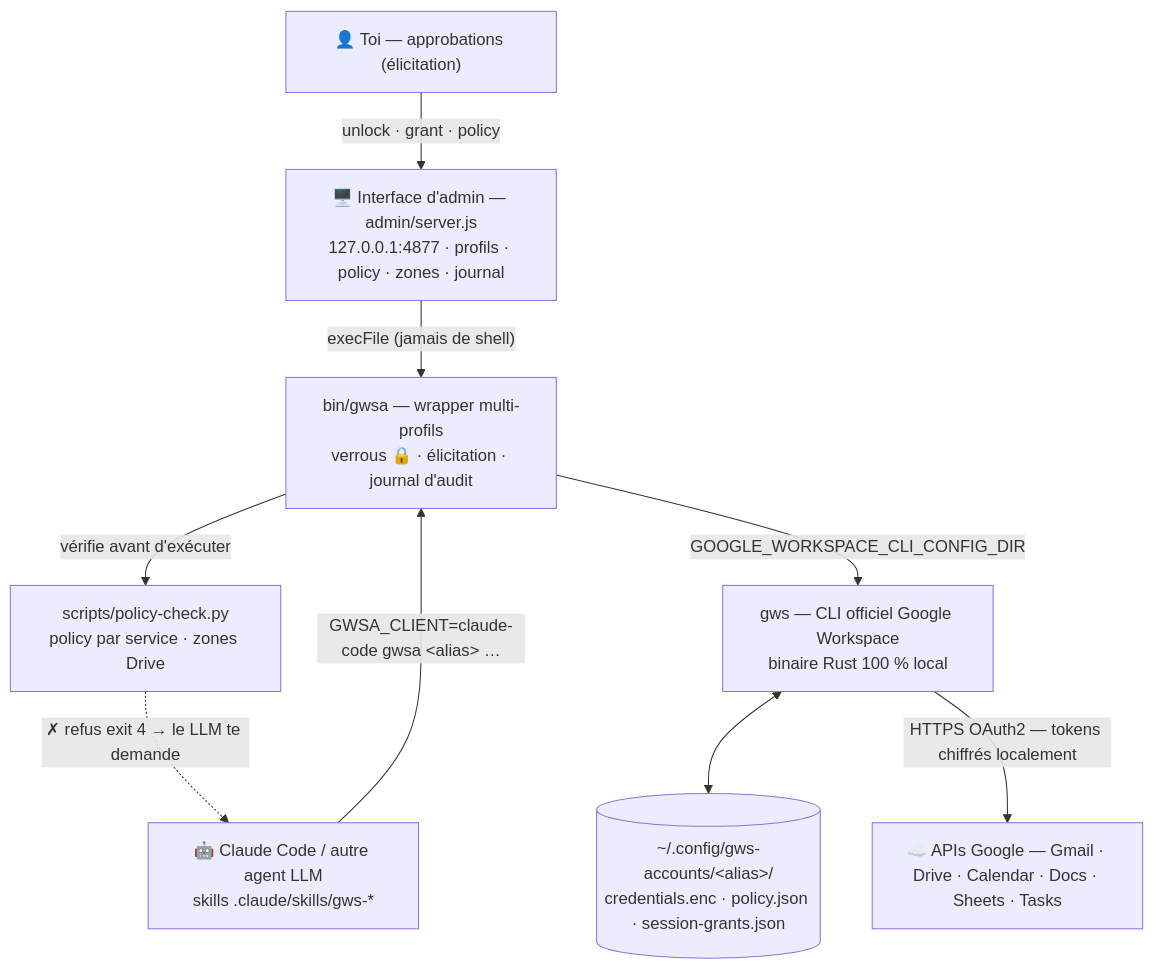
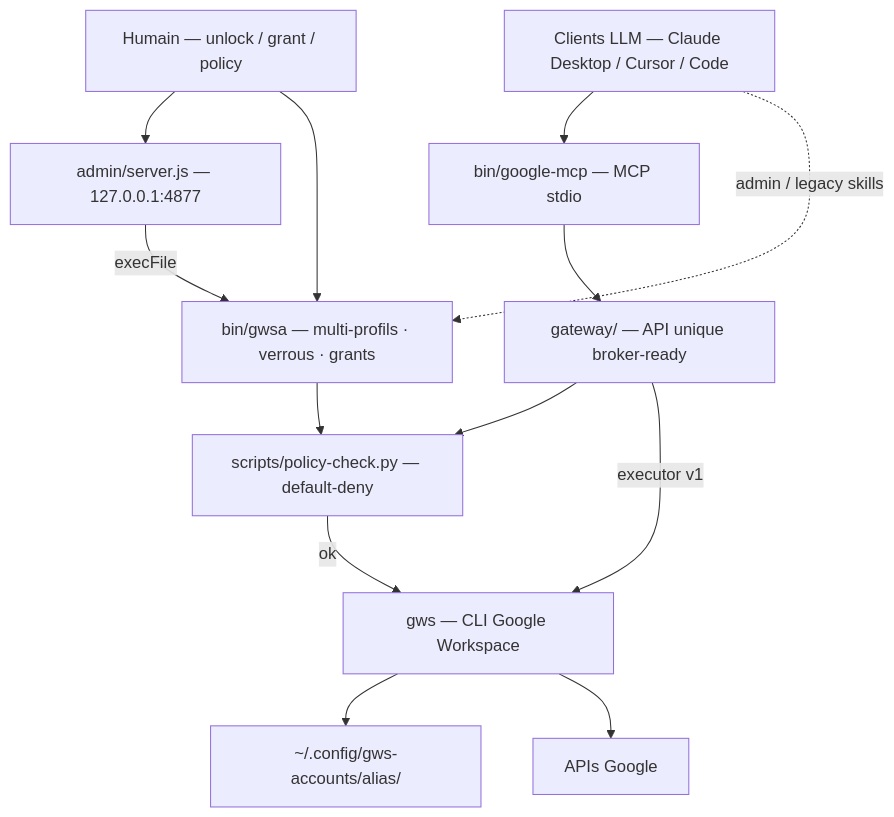
The diagram in README.md (elzinko/google-mcp-multi-account), drawn with Mermaid before and after one commit. The commit also changed other lines of this file and 20 other files, not shown here.

First line of the commit message:
feat: add local MCP gateway with default-deny policies

````diff
--- a/README.md
+++ b/README.md
@@ -11,20 +13,25 @@
 ```mermaid
 flowchart TD
-    USER["👤 Toi — approbations (élicitation)"]
-    LLM["🤖 Claude Code / autre agent LLM<br/>skills .claude/skills/gws-*"]
-    ADMIN["🖥️ Interface d'admin — admin/server.js<br/>127.0.0.1:4877 · profils · policy · zones · journal"]
-    GWSA["bin/gwsa — wrapper multi-profils<br/>verrous 🔒 · élicitation · journal d'audit"]
-    CHECK["scripts/policy-check.py<br/>policy par service · zones Drive"]
-    GWS["gws — CLI officiel Google Workspace<br/>binaire Rust 100 % local"]
-    PROFILS[("~/.config/gws-accounts/&lt;alias&gt;/<br/>credentials.enc · policy.json · session-grants.json")]
-    GOOGLE["☁️ APIs Google — Gmail · Drive · Calendar · Docs · Sheets · Tasks"]
+    USER["Humain — unlock / grant / policy"]
+    LLM["Clients LLM — Claude Desktop / Cursor / Code"]
+    MCP["bin/google-mcp — MCP stdio"]
+    GW["gateway/ — API unique broker-ready"]
+    ADMIN["admin/server.js — 127.0.0.1:4877"]
+    GWSA["bin/gwsa — multi-profils · verrous · grants"]
+    CHECK["scripts/policy-check.py — default-deny"]
+    GWS["gws — CLI Google Workspace"]
+    PROFILS["~/.config/gws-accounts/alias/"]
+    GOOGLE["APIs Google"]
 
-    USER -->|"unlock · grant · policy"| ADMIN
-    ADMIN -->|"execFile (jamais de shell)"| GWSA
-    LLM -->|"GWSA_CLIENT=claude-code gwsa &lt;alias&gt; …"| GWSA
-    GWSA -->|"vérifie avant d'exécuter"| CHECK
-    CHECK -.->|"✗ refus exit 4 → le LLM te demande"| LLM
-    GWSA -->|"GOOGLE_WORKSPACE_CLI_CONFIG_DIR"| GWS
-    GWS <--> PROFILS
-    GWS -->|"HTTPS OAuth2 — tokens chiffrés localement"| GOOGLE
+    USER --> ADMIN
+    USER --> GWSA
+    ADMIN -->|execFile| GWSA
+    LLM --> MCP --> GW
+    GW --> CHECK
+    GW -->|executor v1| GWS
+    LLM -.->|admin / legacy skills| GWSA
+    GWSA --> CHECK
+    CHECK -->|ok| GWS
+    GWS --> PROFILS
+    GWS --> GOOGLE
 ```
````
